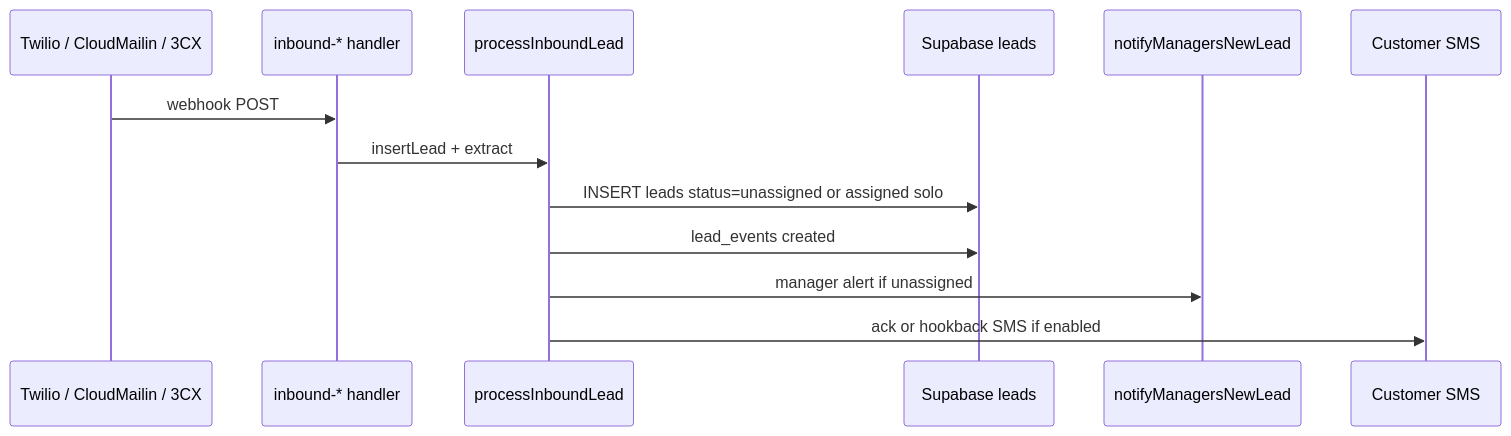
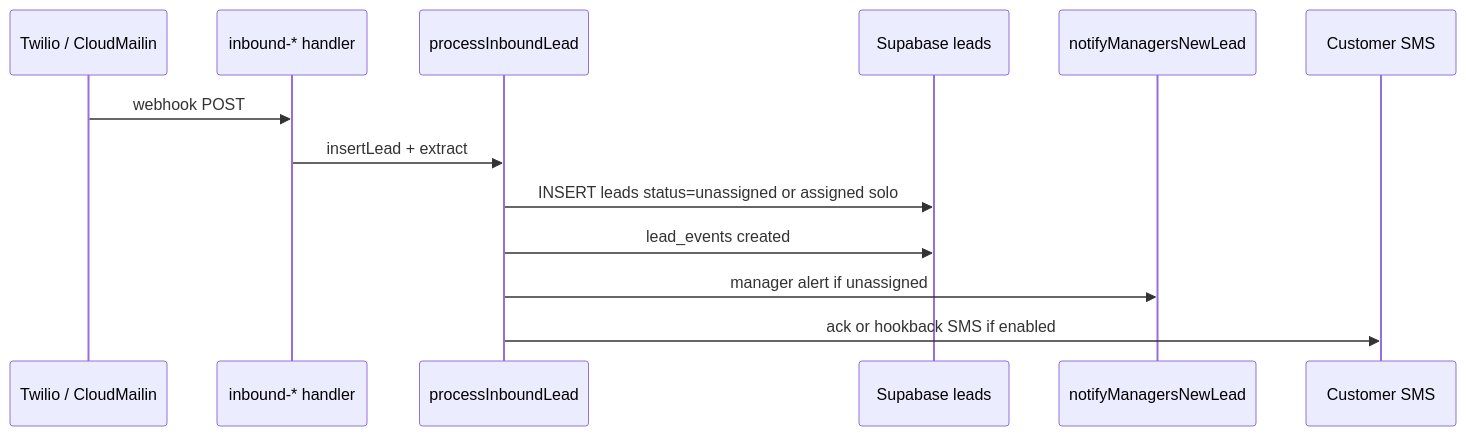
Before and after one commit to missbeardy/tv-magic-companion: the sixth of 6 diagrams in docs/SALES_PIPELINE_WORKFLOW.md, drawn with Mermaid. The commit also changed other lines of this file and 30 other files, not shown here.

````diff
--- a/docs/SALES_PIPELINE_WORKFLOW.md
+++ b/docs/SALES_PIPELINE_WORKFLOW.md
@@ -349,16 +349,16 @@
 ```mermaid
 sequenceDiagram
-  participant Channel as Twilio / CloudMailin / 3CX
+  participant Channel as Twilio / CloudMailin
   participant API as inbound-* handler
   participant Pipe as processInboundLead
   participant DB as Supabase leads
   participant Mgr as notifyManagersNewLead
   participant Cust as Customer SMS
 
   Channel->>API: webhook POST
   API->>Pipe: insertLead + extract
   Pipe->>DB: INSERT leads status=unassigned or assigned solo
   Pipe->>DB: lead_events created
   Pipe->>Mgr: manager alert if unassigned
   Pipe->>Cust: ack or hookback SMS if enabled
 ```
````
